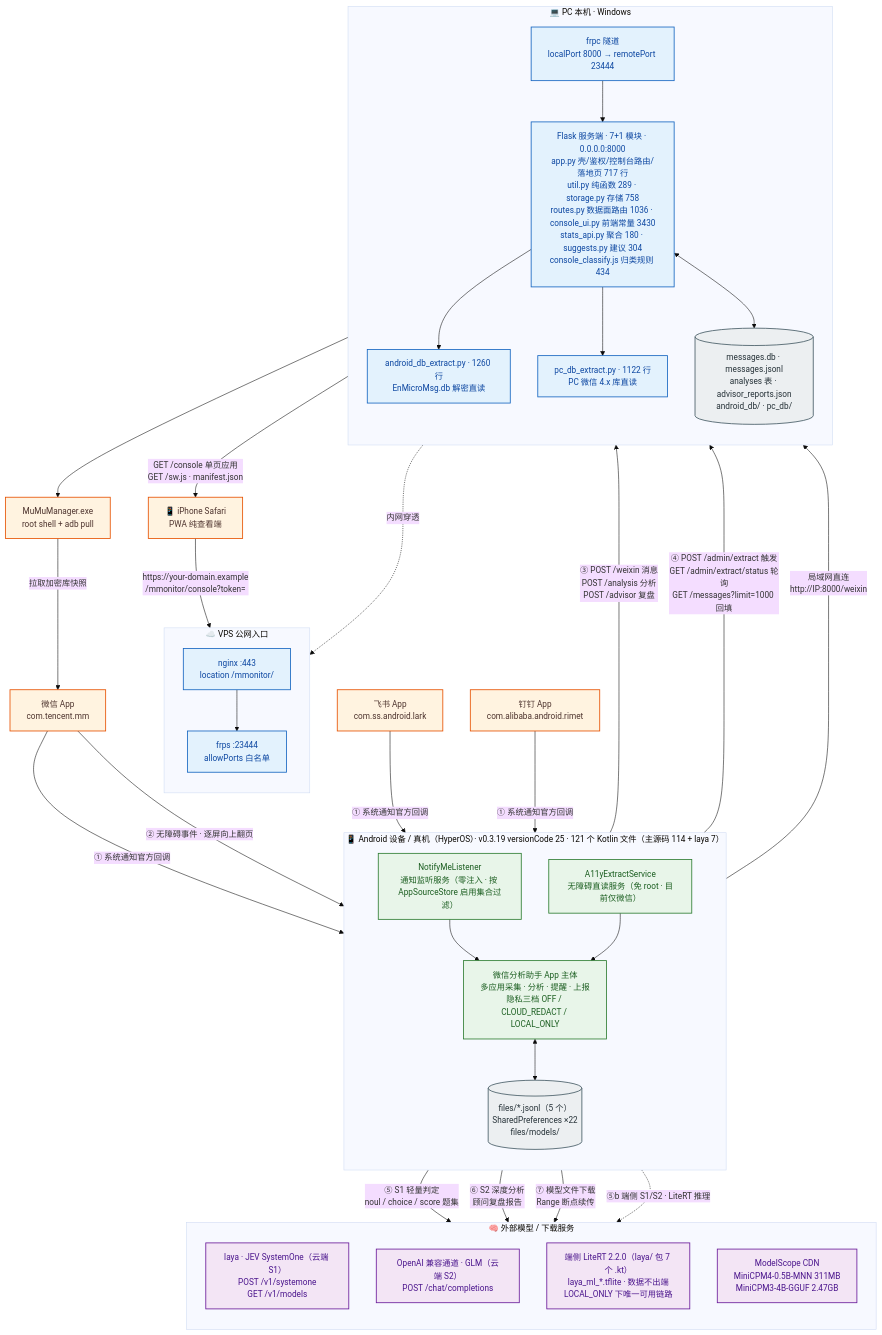
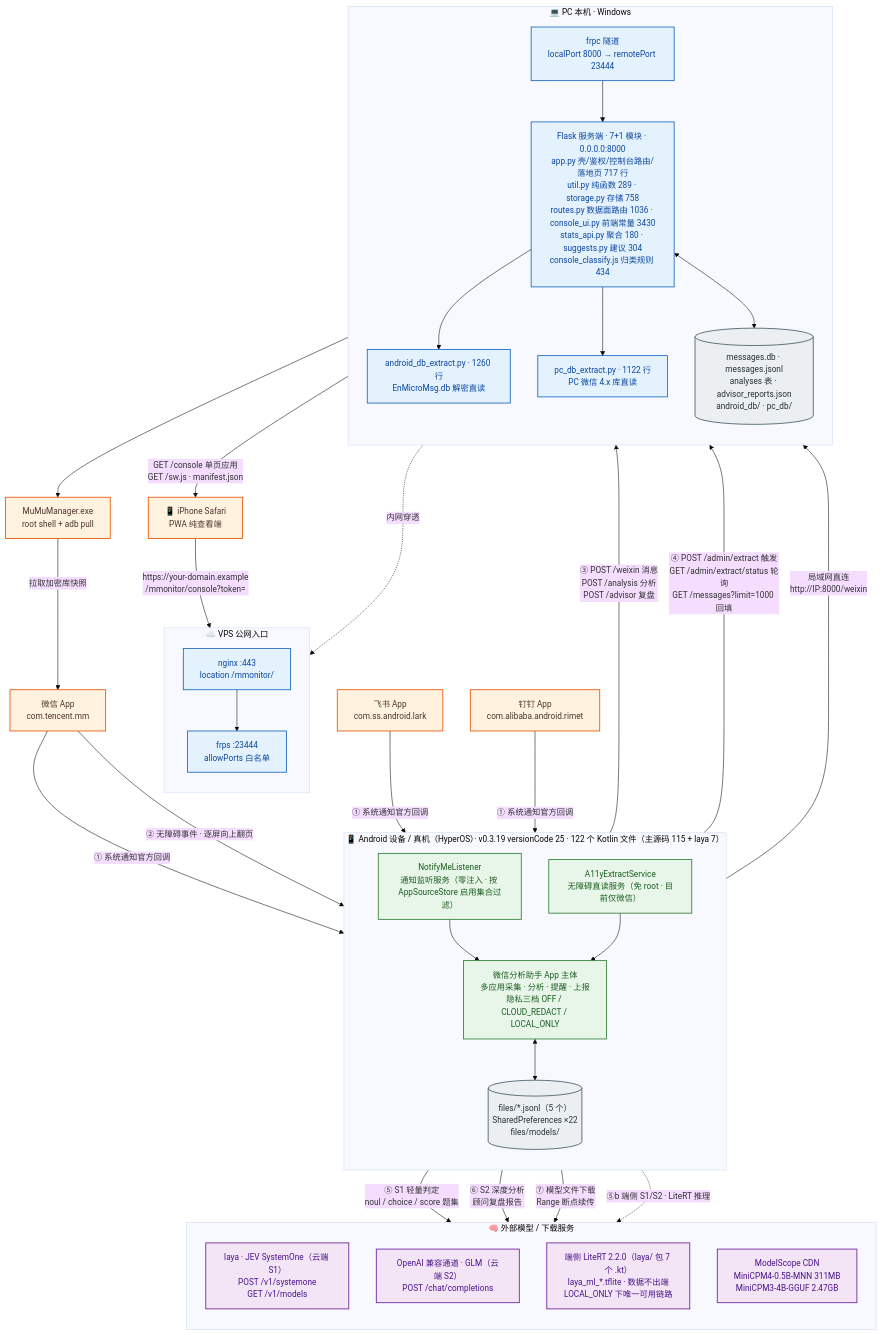
Before and after one commit to solidjoker/notifyme: the diagram in docs/architecture/diagrams/01-system-context.mmd, drawn with Mermaid. The commit also changed 22 other files, not shown here.

```diff
--- a/docs/architecture/diagrams/01-system-context.mmd
+++ b/docs/architecture/diagrams/01-system-context.mmd
@@ -1,70 +1,70 @@
 %%{init: {'theme':'base','themeVariables':{'fontSize':'15px','fontFamily':'Microsoft YaHei, PingFang SC, sans-serif'},'flowchart':{'htmlLabels':true,'curve':'basis'}}}%%
 flowchart TB
     classDef ext  fill:#fff3e0,stroke:#e65100,stroke-width:1.5px,color:#4e342e
     classDef app  fill:#e8f5e9,stroke:#2e7d32,stroke-width:1.5px,color:#1b5e20
     classDef srv  fill:#e3f2fd,stroke:#1565c0,stroke-width:1.5px,color:#0d47a1
     classDef llm  fill:#f3e5f5,stroke:#6a1b9a,stroke-width:1.5px,color:#4a148c
     classDef store fill:#eceff1,stroke:#455a64,stroke-width:1.5px,color:#263238
 
     WX["微信 App<br/>com.tencent.mm"]:::ext
     FS["飞书 App<br/>com.ss.android.lark"]:::ext
     DT["钉钉 App<br/>com.alibaba.android.rimet"]:::ext
 
-    subgraph DEV["📱 Android 设备 / 真机（HyperOS）· v0.3.19 versionCode 25 · 121 个 Kotlin 文件（主源码 114 + laya 7）"]
+    subgraph DEV["📱 Android 设备 / 真机（HyperOS）· v0.3.19 versionCode 25 · 122 个 Kotlin 文件（主源码 115 + laya 7）"]
         direction TB
         NL["NotifyMeListener<br/>通知监听服务（零注入 · 按 AppSourceStore 启用集合过滤）"]:::app
         A11Y["A11yExtractService<br/>无障碍直读服务（免 root · 目前仅微信）"]:::app
         CORE["微信分析助手 App 主体<br/>多应用采集 · 分析 · 提醒 · 上报<br/>隐私三档 OFF / CLOUD_REDACT / LOCAL_ONLY"]:::app
         STORE[("files/*.jsonl（5 个）<br/>SharedPreferences ×22<br/>files/models/")]:::store
         NL --> CORE
         A11Y --> CORE
         CORE <--> STORE
     end
 
     subgraph HOST["💻 PC 本机 · Windows"]
         direction TB
         FLASK["Flask 服务端 · 7+1 模块 · 0.0.0.0:8000<br/>app.py 壳/鉴权/控制台路由/落地页 717 行<br/>util.py 纯函数 289 · storage.py 存储 758<br/>routes.py 数据面路由 1036 · console_ui.py 前端常量 3430<br/>stats_api.py 聚合 180 · suggests.py 建议 304<br/>console_classify.js 归类规则 434"]:::srv
         ADBEX["android_db_extract.py · 1260 行<br/>EnMicroMsg.db 解密直读"]:::srv
         PCEX["pc_db_extract.py · 1122 行<br/>PC 微信 4.x 库直读"]:::srv
         DB[("messages.db · messages.jsonl<br/>analyses 表 · advisor_reports.json<br/>android_db/ · pc_db/")]:::store
         FRPC["frpc 隧道<br/>localPort 8000 → remotePort 23444"]:::srv
         FLASK --> ADBEX
         FLASK --> PCEX
         FLASK <--> DB
         FRPC --> FLASK
     end
 
     subgraph VPS["☁️ VPS 公网入口"]
         direction TB
         NGINX["nginx :443<br/>location /mmonitor/"]:::srv
         FRPS["frps :23444<br/>allowPorts 白名单"]:::srv
         NGINX --> FRPS
     end
 
     subgraph AI["🧠 外部模型 / 下载服务"]
         direction TB
         LAYA["laya · JEV SystemOne（云端 S1）<br/>POST /v1/systemone<br/>GET /v1/models"]:::llm
         GLM["OpenAI 兼容通道 · GLM（云端 S2）<br/>POST /chat/completions"]:::llm
         LITE["端侧 LiteRT 2.2.0（laya/ 包 7 个 .kt）<br/>laya_ml_*.tflite · 数据不出端<br/>LOCAL_ONLY 下唯一可用链路"]:::llm
         MS["ModelScope CDN<br/>MiniCPM4-0.5B-MNN 311MB<br/>MiniCPM3-4B-GGUF 2.47GB"]:::llm
     end
 
     MUMU["MuMuManager.exe<br/>root shell + adb pull"]:::ext
     IPHONE["📱 iPhone Safari<br/>PWA 纯查看端"]:::ext
 
     WX -->|"① 系统通知官方回调"| NL
     FS -->|"① 系统通知官方回调"| NL
     DT -->|"① 系统通知官方回调"| NL
     WX -->|"② 无障碍事件 · 逐屏向上翻页"| A11Y
     CORE -->|"③ POST /weixin 消息<br/>POST /analysis 分析<br/>POST /advisor 复盘"| FLASK
     CORE -->|"④ POST /admin/extract 触发<br/>GET /admin/extract/status 轮询<br/>GET /messages?limit=1000 回填"| FLASK
     CORE -->|"⑤ S1 轻量判定<br/>noul / choice / score 题集"| LAYA
     CORE -->|"⑥ S2 深度分析<br/>顾问复盘报告"| GLM
     CORE -->|"⑦ 模型文件下载<br/>Range 断点续传"| MS
     CORE -.->|"⑤b 端侧 S1/S2 · LiteRT 推理"| LITE
     ADBEX --> MUMU
     MUMU -->|"拉取加密库快照"| WX
     CORE -->|"局域网直连<br/>http://IP:8000/weixin"| FLASK
     FRPC -.->|"内网穿透"| FRPS
     IPHONE -->|"https://your-domain.example<br/>/mmonitor/console?token="| NGINX
     FLASK -->|"GET /console 单页应用<br/>GET /sw.js · manifest.json"| IPHONE
```
